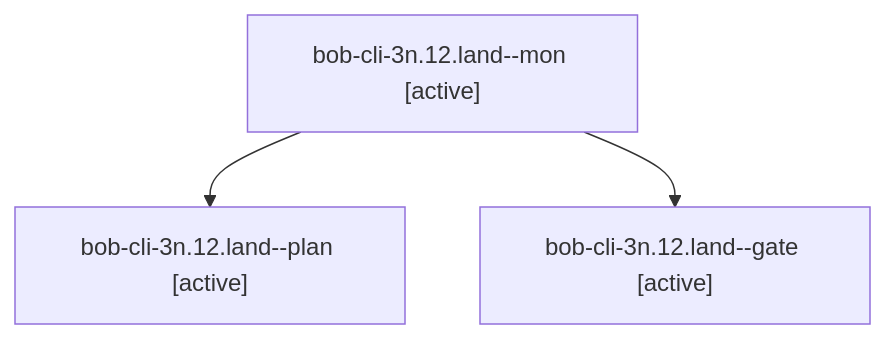
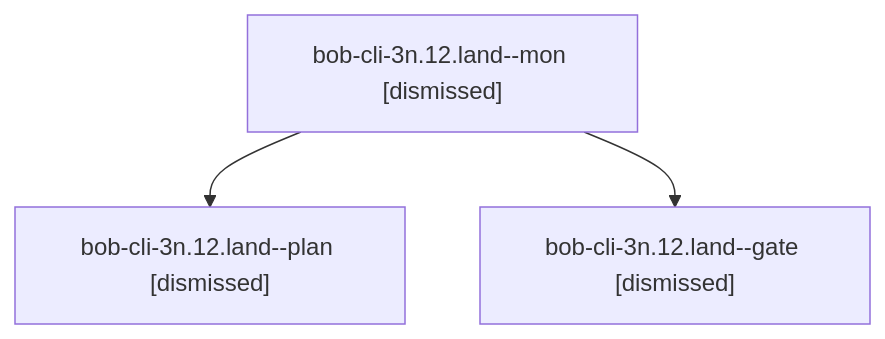
One commit to bobs-org/bob-cli--agents changed the diagram in sessions/bbugyi200.athena.bob-cli-3n.12.land.md. Above: the diagram before and after it, drawn with Mermaid. The commit also changed other lines of this file and 103 other files, not shown here.

````diff
--- a/sessions/bbugyi200.athena.bob-cli-3n.12.land.md
+++ b/sessions/bbugyi200.athena.bob-cli-3n.12.land.md
@@ -9,8 +9,8 @@
 ```mermaid
 flowchart TD
-  n0["bob-cli-3n.12.land--mon [active]"]
-  n1["bob-cli-3n.12.land--plan [active]"]
+  n0["bob-cli-3n.12.land--mon [dismissed]"]
+  n1["bob-cli-3n.12.land--plan [dismissed]"]
   n0 --> n1
-  n2["bob-cli-3n.12.land--gate [active]"]
+  n2["bob-cli-3n.12.land--gate [dismissed]"]
   n0 --> n2
 ```
````
